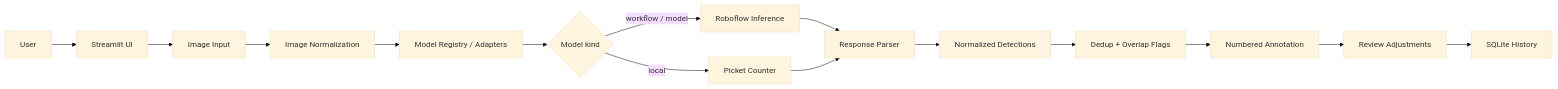
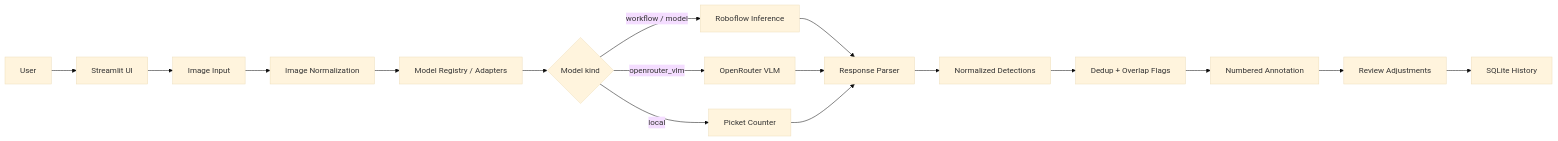
Before and after one commit to Hariram0001/AI_Inventory_Counter: the diagram in README.md, drawn with Mermaid (base theme). The commit also changed other lines of this file and 45 other files, not shown here.

First line of the commit message:
Ship review UX, signup/reset, OpenRouter VLM, and docs for Cloud deploy.

````diff
--- a/README.md
+++ b/README.md
@@ -211,17 +221,19 @@
 ```mermaid
 flowchart LR
     A[User] --> B[Streamlit UI]
     B --> C[Image Input]
     C --> D[Image Normalization]
     D --> E[Model Registry / Adapters]
     E --> F{Model kind}
     F -->|workflow / model| G[Roboflow Inference]
+    F -->|openrouter_vlm| O[OpenRouter VLM]
     F -->|local| H[Picket Counter]
     G --> I[Response Parser]
+    O --> I
     H --> I
     I --> J[Normalized Detections]
     J --> K[Dedup + Overlap Flags]
     K --> L[Numbered Annotation]
     L --> M[Review Adjustments]
     M --> N[SQLite History]
 ```
````
